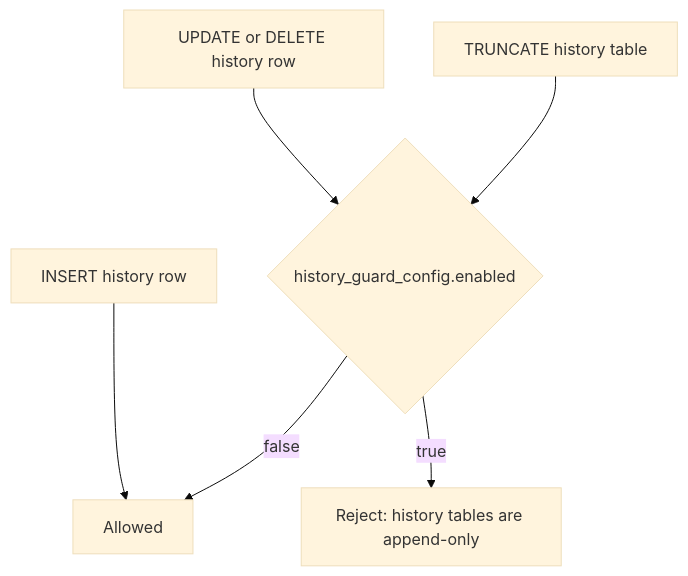
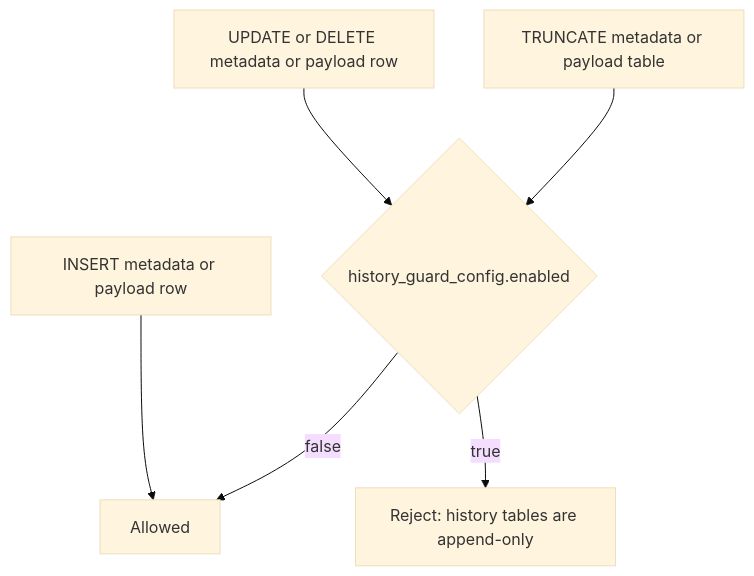
One commit to eclipse-basyx/basyx-go-components changed the second of 3 diagrams in docu/developer/aas_v3_2_runtime.md. Above: the diagram before and after it, drawn with Mermaid (base theme). The commit also changed other lines of this file and 22 other files, not shown here.

````diff
--- a/docu/developer/aas_v3_2_runtime.md
+++ b/docu/developer/aas_v3_2_runtime.md
@@ -206,8 +217,8 @@
 ```mermaid
 flowchart TD
-    Insert["INSERT history row"] --> Allowed["Allowed"]
-    Mutate["UPDATE or DELETE history row"] --> Guard{"history_guard_config.enabled"}
-    Truncate["TRUNCATE history table"] --> Guard
+    Insert["INSERT metadata or payload row"] --> Allowed["Allowed"]
+    Mutate["UPDATE or DELETE metadata or payload row"] --> Guard{"history_guard_config.enabled"}
+    Truncate["TRUNCATE metadata or payload table"] --> Guard
     Guard -->|false| Allowed
     Guard -->|true| Reject["Reject: history tables are append-only"]
 ```
````
